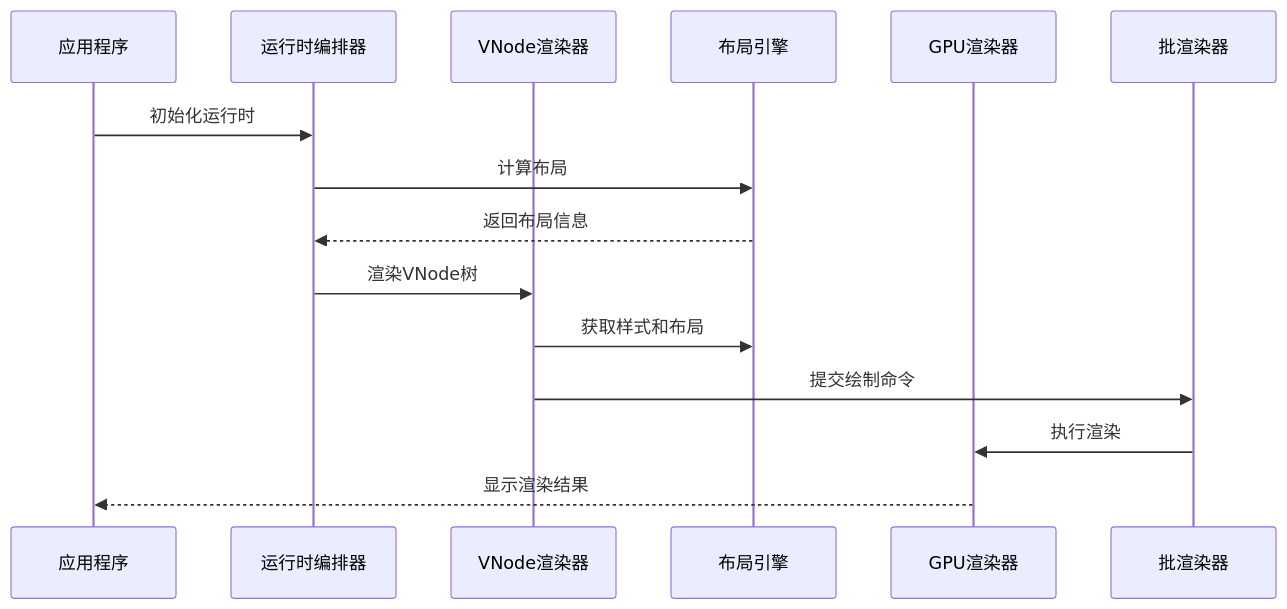
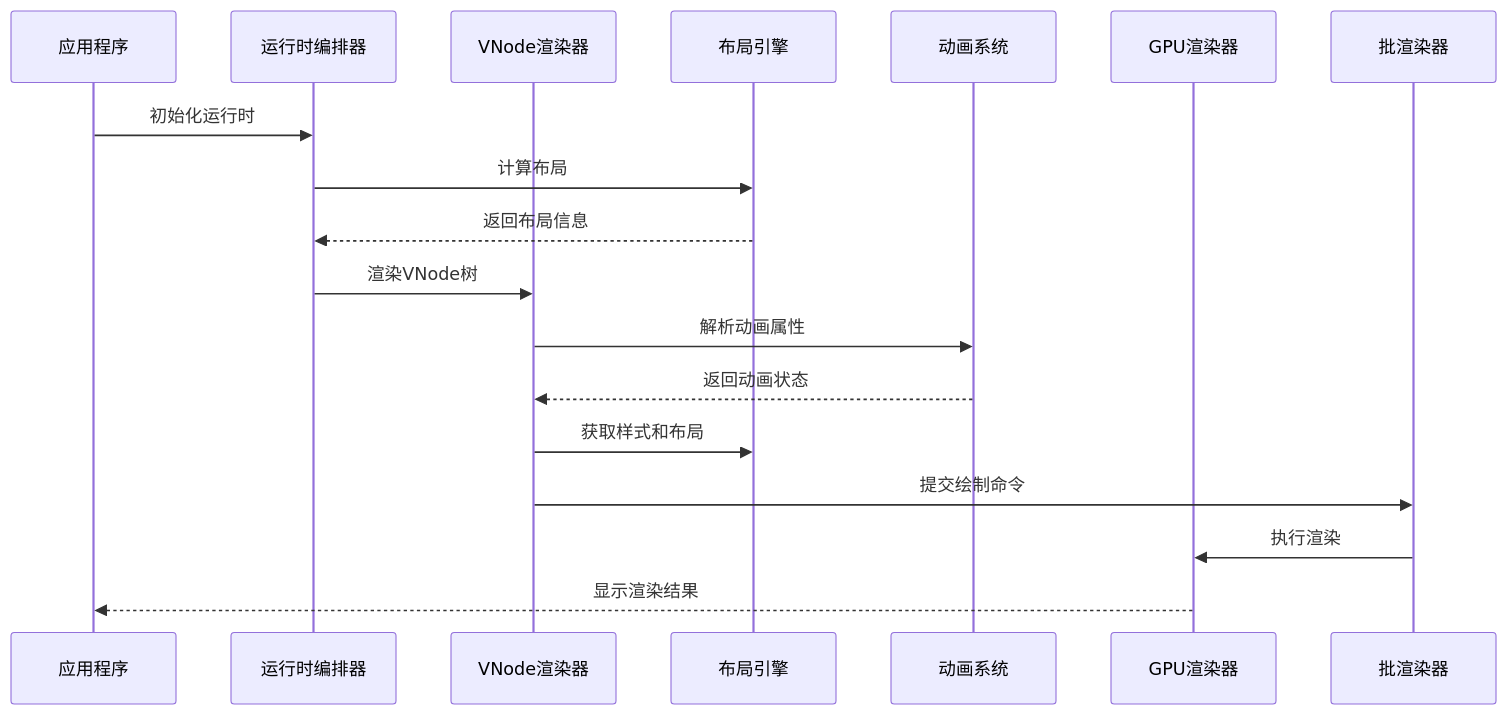
One commit to itszzl-sudo/iris changed the second of 15 diagrams in .qoder/repowiki/zh/content/技术架构详解/WebGPU渲染引擎/VNode GPU渲染器模块.md. Above: the diagram before and after it, drawn with Mermaid. The commit also changed other lines of this file and 4 other files, not shown here.

````diff
--- a/.qoder/repowiki/zh/content/技术架构详解/WebGPU渲染引擎/VNode GPU渲染器模块.md
+++ b/.qoder/repowiki/zh/content/技术架构详解/WebGPU渲染引擎/VNode GPU渲染器模块.md
@@ -141,17 +150,20 @@
 ```mermaid
 sequenceDiagram
 participant App as 应用程序
 participant Orchestrator as 运行时编排器
 participant VNode as VNode渲染器
 participant Layout as 布局引擎
+participant Anim as 动画系统
 participant GPU as GPU渲染器
 participant Batch as 批渲染器
 App->>Orchestrator : 初始化运行时
 Orchestrator->>Layout : 计算布局
 Layout-->>Orchestrator : 返回布局信息
 Orchestrator->>VNode : 渲染VNode树
+VNode->>Anim : 解析动画属性
+Anim-->>VNode : 返回动画状态
 VNode->>Layout : 获取样式和布局
 VNode->>Batch : 提交绘制命令
 Batch->>GPU : 执行渲染
 GPU-->>App : 显示渲染结果
 ```
````
